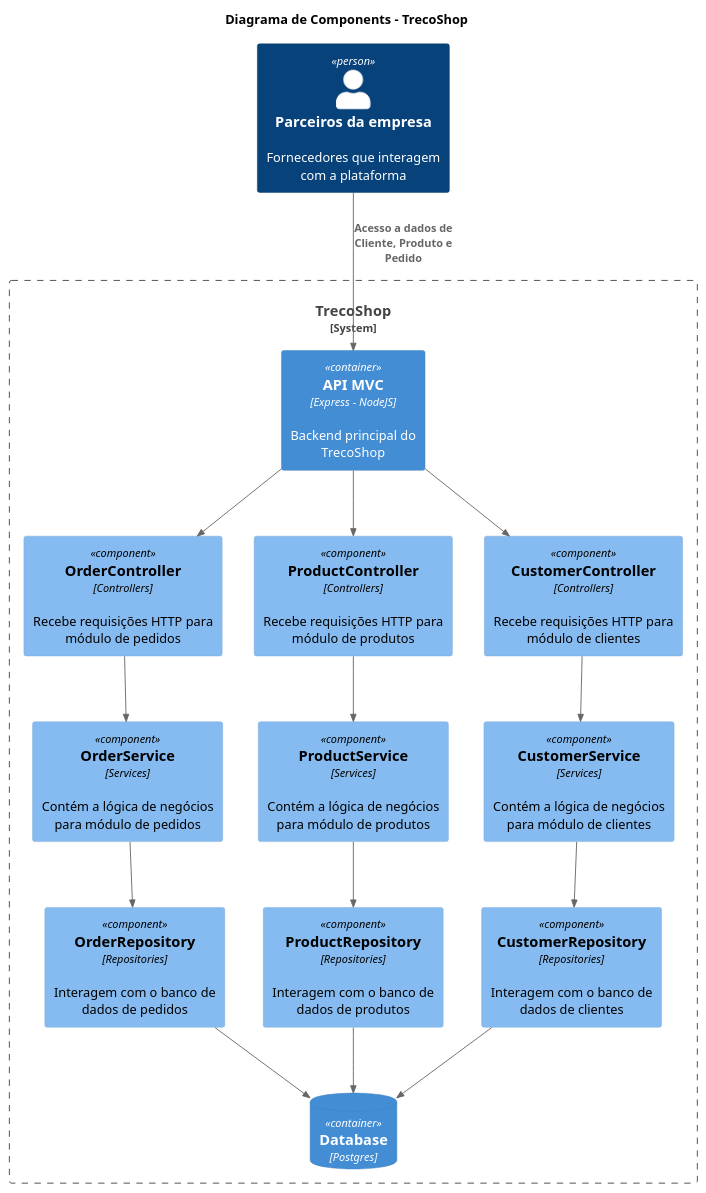
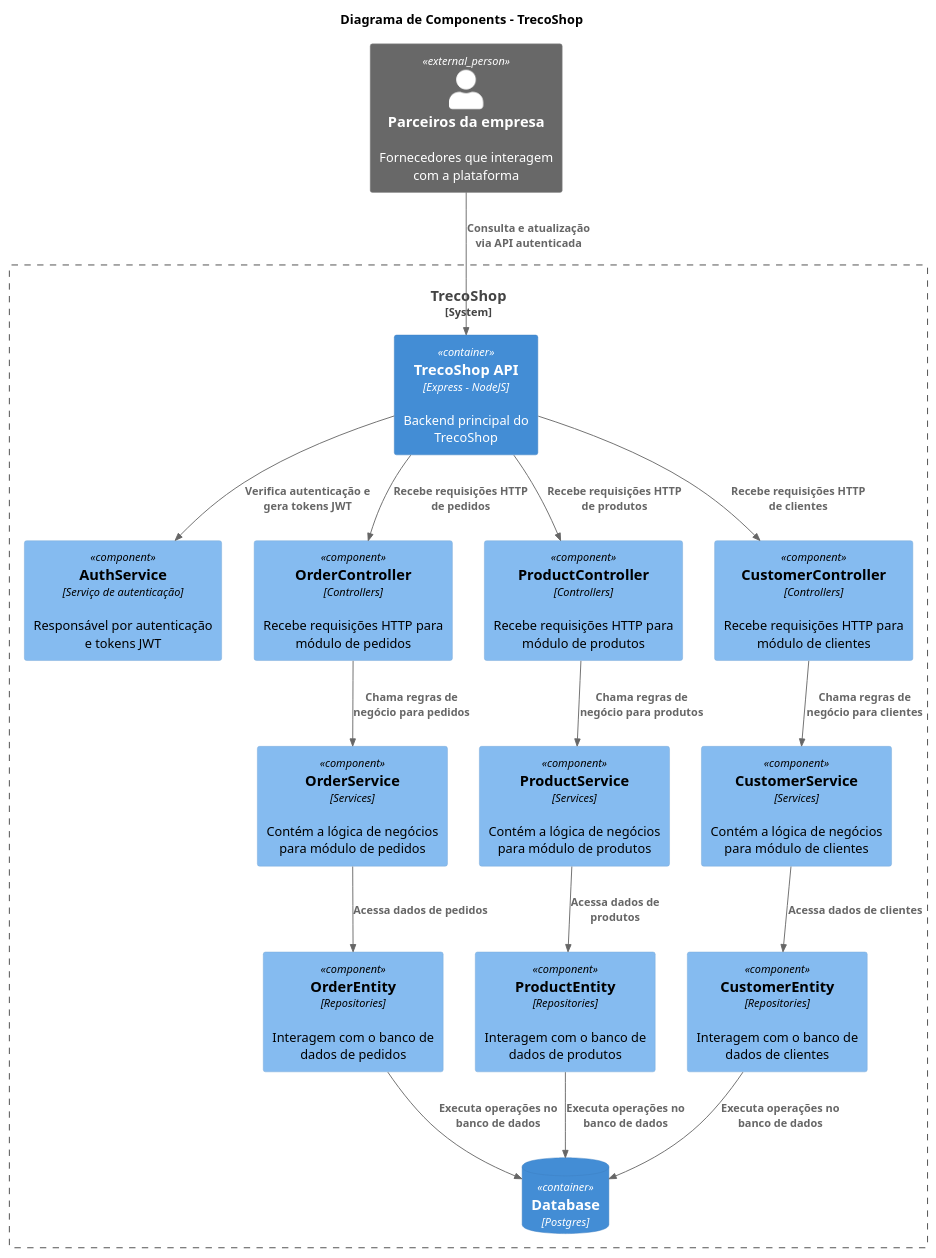
One commit to Scobin049/posxp-desafio-final-01 changed the diagram in docs/c4-diagram/component-diagram.puml. Above: the diagram before and after it, drawn with PlantUML. The commit also changed 2 other files, not shown here.

```diff
--- a/docs/c4-diagram/component-diagram.puml
+++ b/docs/c4-diagram/component-diagram.puml
@@ -1,43 +1,45 @@
 @startuml C4_Component
 !include <C4/C4_Component>
 
 title Diagrama de Components - TrecoShop
 
 
-Person(Partners, "Parceiros da empresa", "Fornecedores que interagem com a plataforma")
+Person_Ext(Partners, "Parceiros da empresa", "Fornecedores que interagem com a plataforma")
 
 System_Boundary(TrecoShop, "TrecoShop") {
-  Container(API, "API MVC", "Express - NodeJS", "Backend principal do TrecoShop")
+  Container(API, "TrecoShop API", "Express - NodeJS", "Backend principal do TrecoShop")
   ContainerDb(Database, "Database", "Postgres")
+  Component(AuthService, "AuthService", "Serviço de autenticação", "Responsável por autenticação e tokens JWT")
 
   Component(OrderController, "OrderController", "Controllers", "Recebe requisições HTTP para módulo de pedidos")
   Component(OrderService, "OrderService", "Services", "Contém a lógica de negócios para módulo de pedidos")
-  Component(OrderRepository, "OrderRepository", "Repositories", "Interagem com o banco de dados de pedidos")
+  Component(OrderEntity, "OrderEntity", "Repositories", "Interagem com o banco de dados de pedidos")
 
   Component(ProductController, "ProductController", "Controllers", "Recebe requisições HTTP para módulo de produtos")
   Component(ProductService, "ProductService", "Services", "Contém a lógica de negócios para módulo de produtos")
-  Component(ProductRepository, "ProductRepository", "Repositories", "Interagem com o banco de dados de produtos")
+  Component(ProductEntity, "ProductEntity", "Repositories", "Interagem com o banco de dados de produtos")
 
   Component(CustomerController, "CustomerController", "Controllers", "Recebe requisições HTTP para módulo de clientes")
   Component(CustomerService, "CustomerService", "Services", "Contém a lógica de negócios para módulo de clientes")
-  Component(CustomerRepository, "CustomerRepository", "Repositories", "Interagem com o banco de dados de clientes")
+  Component(CustomerEntity, "CustomerEntity", "Repositories", "Interagem com o banco de dados de clientes")
 }
 
-Rel(Partners, API, "Acesso a dados de Cliente, Produto e Pedido")
+Rel(Partners, API, "Consulta e atualização via API autenticada")
+Rel(API, AuthService, "Verifica autenticação e gera tokens JWT")
 
-Rel(API, OrderController, "")
-Rel(OrderController, OrderService, "")
-Rel(OrderService, OrderRepository, "")
-Rel(OrderRepository, Database, "")
+Rel(API, OrderController, "Recebe requisições HTTP de pedidos")
+Rel(OrderController, OrderService, "Chama regras de negócio para pedidos")
+Rel(OrderService, OrderEntity, "Acessa dados de pedidos")
+Rel(OrderEntity, Database, "Executa operações no banco de dados")
 
-Rel(API, ProductController, "")
-Rel(ProductController, ProductService, "")
-Rel(ProductService, ProductRepository, "")
-Rel(ProductRepository, Database, "")
+Rel(API, ProductController, "Recebe requisições HTTP de produtos")
+Rel(ProductController, ProductService, "Chama regras de negócio para produtos")
+Rel(ProductService, ProductEntity, "Acessa dados de produtos")
+Rel(ProductEntity, Database, "Executa operações no banco de dados")
 
-Rel(API, CustomerController, "")
-Rel(CustomerController, CustomerService, "")
-Rel(CustomerService, CustomerRepository, "")
-Rel(CustomerRepository, Database, "")
+Rel(API, CustomerController, "Recebe requisições HTTP de clientes")
+Rel(CustomerController, CustomerService, "Chama regras de negócio para clientes")
+Rel(CustomerService, CustomerEntity, "Acessa dados de clientes")
+Rel(CustomerEntity, Database, "Executa operações no banco de dados")
 
 @enduml
```
